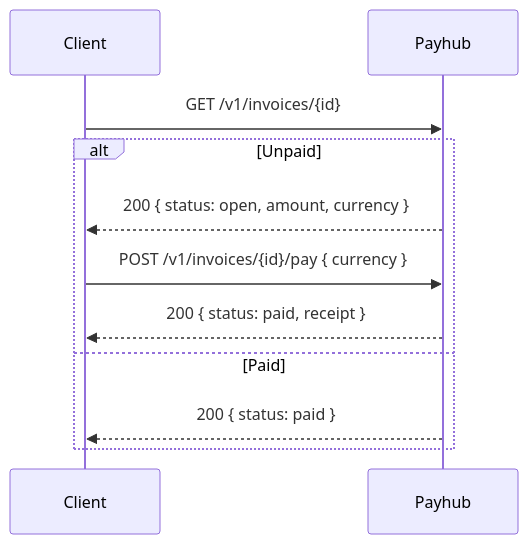
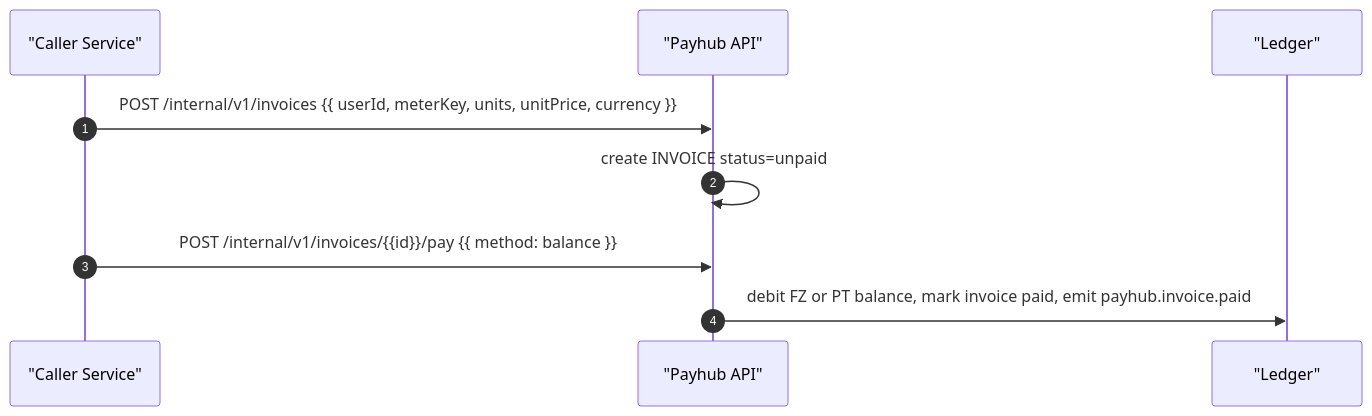
The fifth of 5 diagrams in miniapp-payhub-service.md (fuzeac/fuze-telegram-mini-app), drawn with Mermaid before and after one commit. The commit also changed other lines of this file, not shown here.

````diff
--- a/miniapp-payhub-service.md
+++ b/miniapp-payhub-service.md
@@ -151,14 +190,11 @@
 ```mermaid
 sequenceDiagram
-  participant UI as Client
-  participant PAY as Payhub
-
-  UI->>PAY: GET /v1/invoices/{id}
-  alt Unpaid
-    PAY-->>UI: 200 { status: open, amount, currency }
-    UI->>PAY: POST /v1/invoices/{id}/pay { currency }
-    PAY-->>UI: 200 { status: paid, receipt }
-  else Paid
-    PAY-->>UI: 200 { status: paid }
-  end
+  autonumber
+  participant SVC as "Caller Service"
+  participant PH as "Payhub API"
+  participant L as "Ledger"
+  SVC->>PH: POST /internal/v1/invoices {{ userId, meterKey, units, unitPrice, currency }}
+  PH->>PH: create INVOICE status=unpaid
+  SVC->>PH: POST /internal/v1/invoices/{{id}}/pay {{ method: balance }}
+  PH->>L: debit FZ or PT balance, mark invoice paid, emit payhub.invoice.paid
 ```
````
